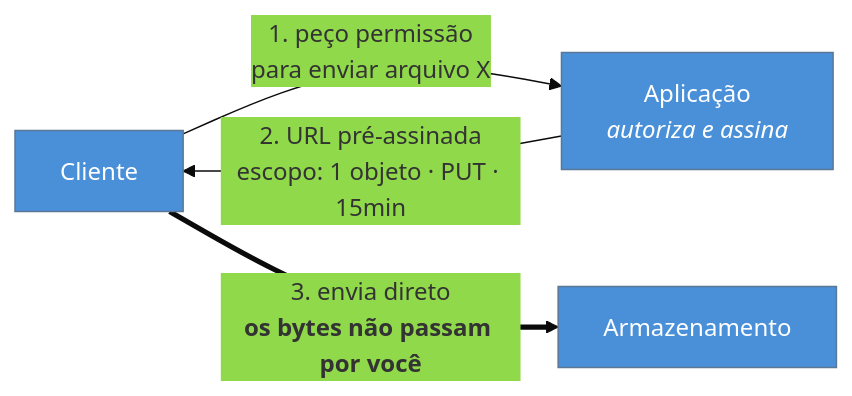
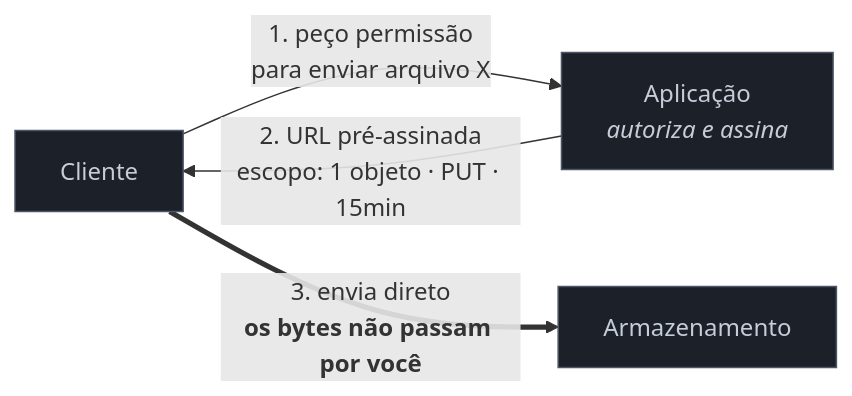
One commit to josenaldo/codex-technomanticus changed the diagram in 03-Dominios/Engenharia/Design de Software/Padrões de Projeto/Nuvem e Resiliência/12 - Gatekeeper + Valet Key.md. Above: the diagram before and after it, drawn with Mermaid. The commit also changed 1181 other files, not shown here.

First line of the commit message:
fix(diagramas): paleta do sistema no lugar de cor cravada no markdown

````diff
--- a/03-Dominios/Engenharia/Design de Software/Padrões de Projeto/Nuvem e Resiliência/12 - Gatekeeper + Valet Key.md
+++ b/03-Dominios/Engenharia/Design de Software/Padrões de Projeto/Nuvem e Resiliência/12 - Gatekeeper + Valet Key.md
@@ -47,11 +47,11 @@
 ```mermaid
-%%{init: {"theme": "base", "themeVariables": {"primaryColor": "#4A90D9"}}}%%
 graph LR
+    classDef neutro fill:#1B2029,stroke:#4E5666,color:#C6CCD8
     C["Cliente"] -->|"1. peço permissão<br/>para enviar arquivo X"| A["Aplicação<br/><i>autoriza e assina</i>"]
     A -->|"2. URL pré-assinada<br/>escopo: 1 objeto · PUT · 15min"| C
     C ==>|"3. envia direto<br/><b>os bytes não passam por você</b>"| S["Armazenamento"]
 
-    style A fill:#4A90D9,color:#fff
-    style S fill:#4A90D9,color:#fff
-    style C fill:#4A90D9,color:#fff
+    class A neutro
+    class S neutro
+    class C neutro
 ```
````
